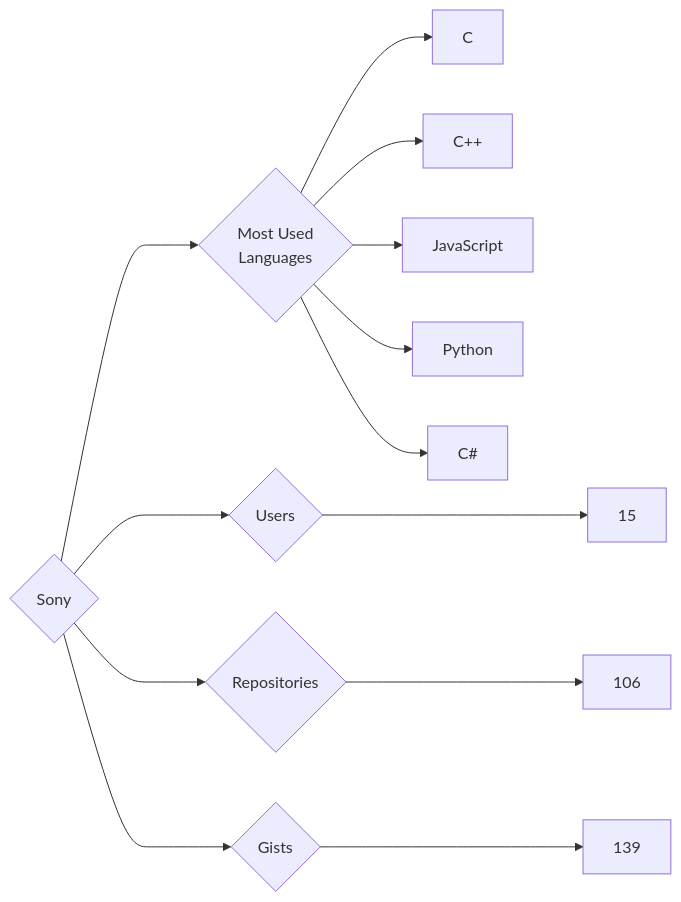
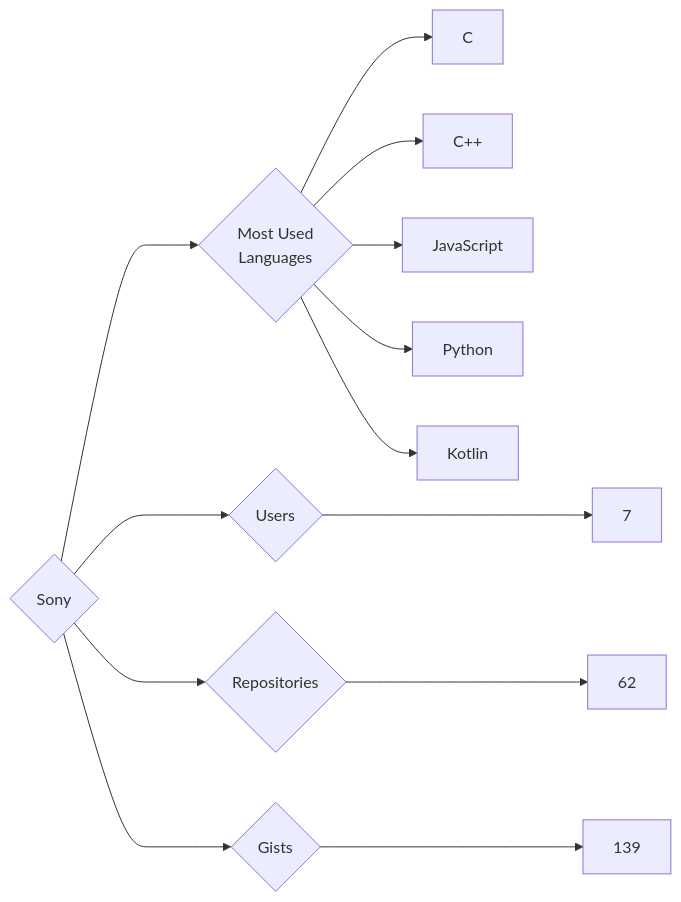
One commit to trickest/insiders changed the diagram in targets/Sony/README.md. Above: the diagram before and after it, drawn with Mermaid. The commit also changed 770 other files, not shown here.

````diff
--- a/targets/Sony/README.md
+++ b/targets/Sony/README.md
@@ -3,13 +3,13 @@
 ```mermaid
 graph LR
 COMPANY_NAME{Sony}
-COMPANY_NAME ---> U{Users} ---> UN[15]
-COMPANY_NAME ---> R{Repositories} ---> RN[106]
+COMPANY_NAME ---> U{Users} ---> UN[7]
+COMPANY_NAME ---> R{Repositories} ---> RN[62]
 COMPANY_NAME ---> G{Gists} ---> GN[139]
 COMPANY_NAME ---> ML{Most Used<br>Languages}
 ML --> C[C]
 ML --> C++[C++]
 ML --> JavaScript[JavaScript]
 ML --> Python[Python]
-ML --> C#[C#]
+ML --> Kotlin[Kotlin]
 ```
````
